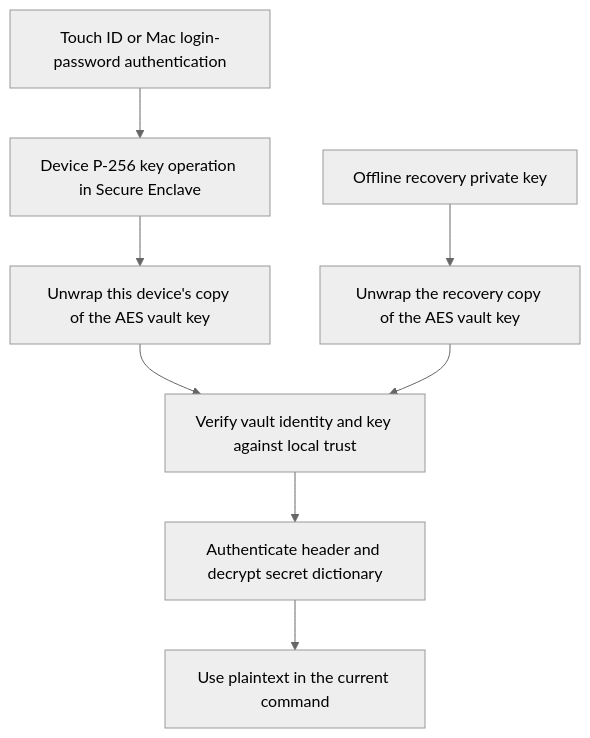
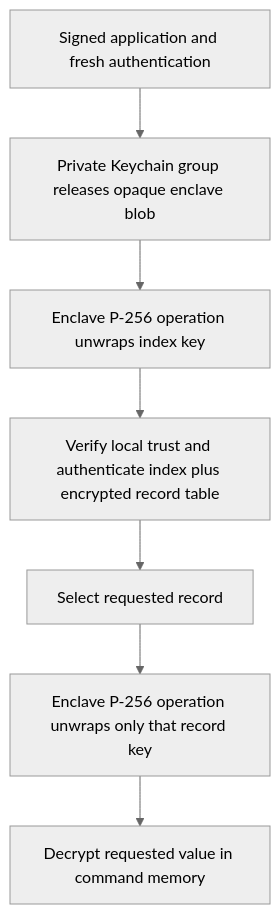
Before and after one commit to koehn/2ndPass: the diagram in docs/SECURITY.md, drawn with Mermaid (neutral theme). The commit also changed other lines of this file and 26 other files, not shown here.

Commit message:
app-restricted keychain storage; encrypt individual records; only decrypt requested records; added stric-biometrics

````diff
--- a/docs/SECURITY.md
+++ b/docs/SECURITY.md
@@ -22,10 +21,9 @@
 ```mermaid
 flowchart TD
-    A[Touch ID or Mac login-password authentication] --> B[Device P-256 key operation in Secure Enclave]
-    B --> C[Unwrap this device's copy of the AES vault key]
-    R[Offline recovery private key] --> D[Unwrap the recovery copy of the AES vault key]
-    C --> E[Verify vault identity and key against local trust]
-    D --> E
-    E --> F[Authenticate header and decrypt secret dictionary]
-    F --> G[Use plaintext in the current command]
+    A[Signed application and fresh authentication] --> B[Private Keychain group releases opaque enclave blob]
+    B --> C[Enclave P-256 operation unwraps index key]
+    C --> D[Verify local trust and authenticate index plus encrypted record table]
+    D --> E[Select requested record]
+    E --> F[Enclave P-256 operation unwraps only that record key]
+    F --> G[Decrypt requested value in command memory]
 ```
````
